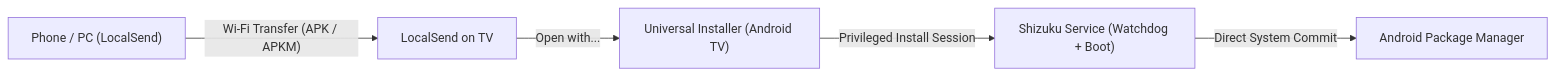
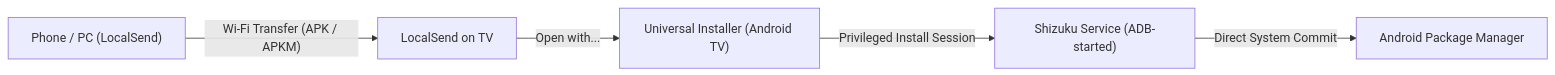
One commit to ramneet4002/STB-Comprehensive-Guide changed the second of 2 diagrams in Enable DeveloperOptions/README.md. Above: the diagram before and after it, drawn with Mermaid. The commit also changed other lines of this file, not shown here.

First line of the commit message:
docs: correct Shizuku setup steps for Shizuku 13.5+

````diff
--- a/Enable DeveloperOptions/README.md
+++ b/Enable DeveloperOptions/README.md
@@ -519,7 +522,7 @@
 ```mermaid
 flowchart LR
     PhonePC["Phone / PC (LocalSend)"] -- "Wi-Fi Transfer (APK / APKM)" --> LocalSendTV["LocalSend on TV"]
     LocalSendTV -- "Open with..." --> UnivInst["Universal Installer (Android TV)"]
-    UnivInst -- "Privileged Install Session" --> Shizuku["Shizuku Service (Watchdog + Boot)"]
+    UnivInst -- "Privileged Install Session" --> Shizuku["Shizuku Service (ADB-started)"]
     Shizuku -- "Direct System Commit" --> AndroidPMS["Android Package Manager"]
 ```
````
